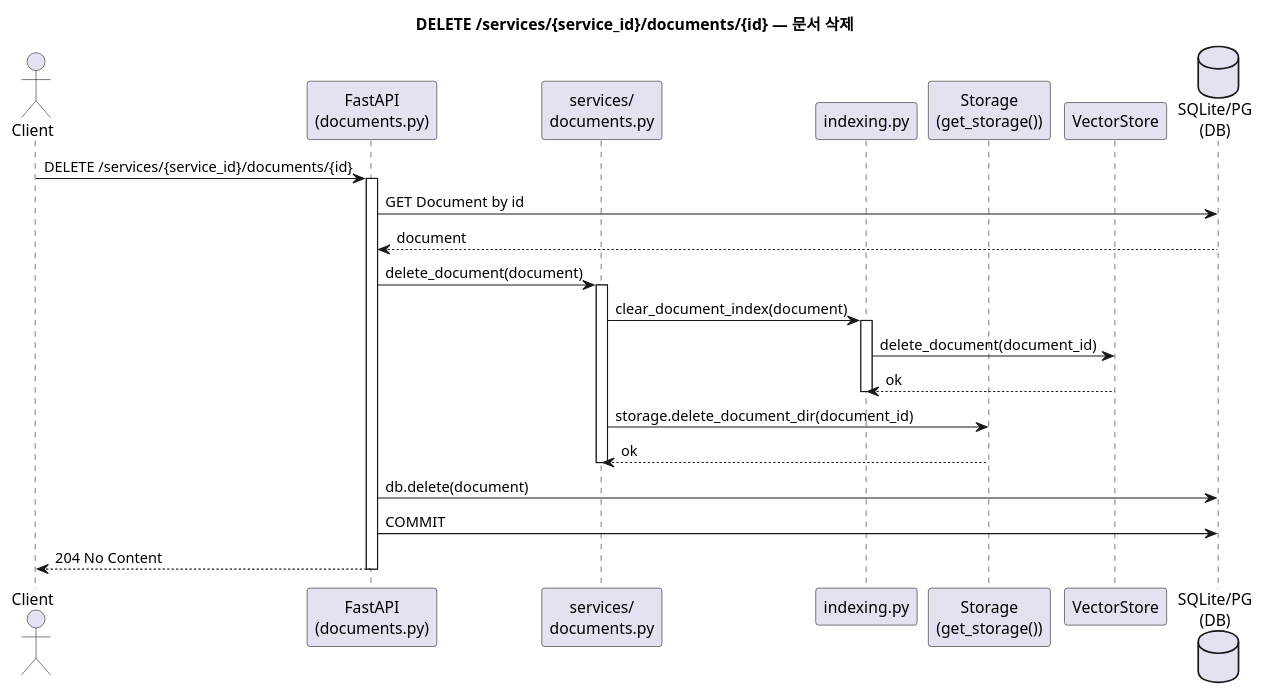
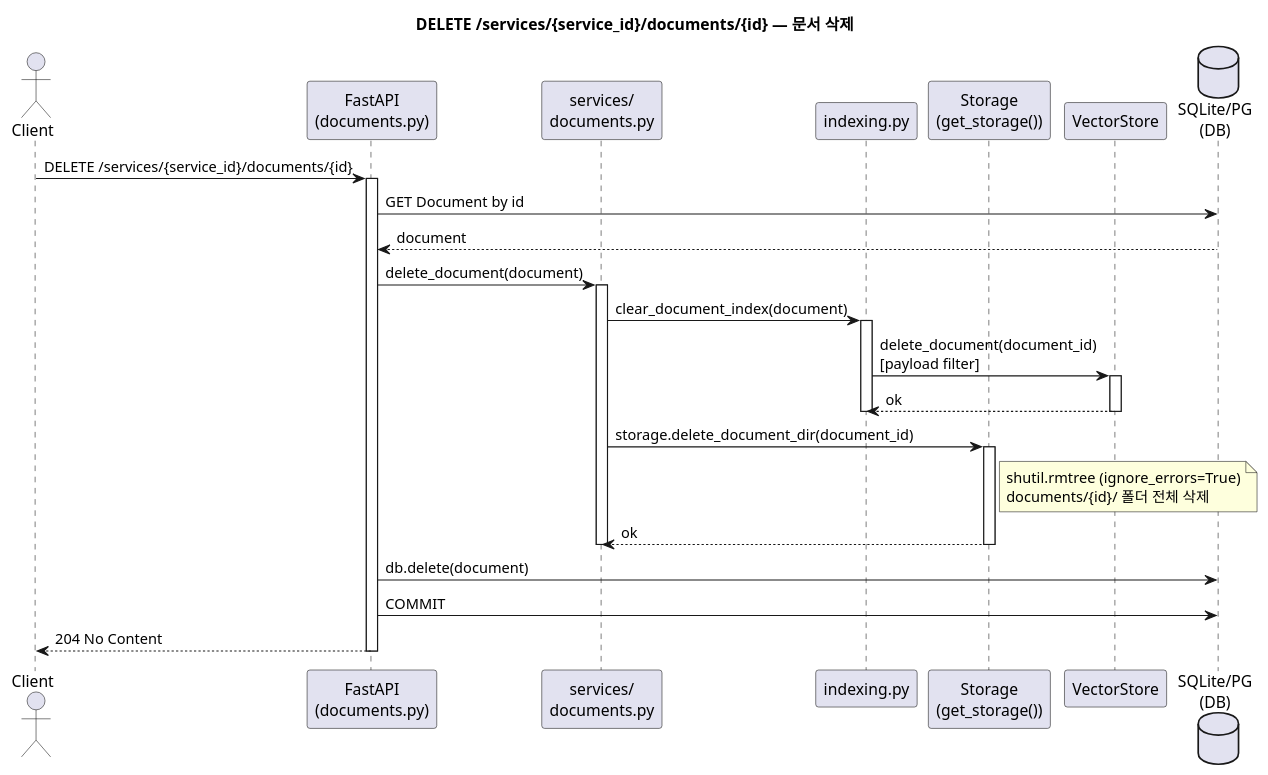
Before and after one commit to sigmoidx0/ragkit: the third of 5 diagrams in docs/diagrams/all.puml, drawn with PlantUML. The commit also changed other lines of this file and 36 other files, not shown here.

```diff
--- a/docs/diagrams/all.puml
+++ b/docs/diagrams/all.puml
@@ -158,37 +192,48 @@
 @startuml Document Delete
 
 title DELETE /services/{service_id}/documents/{id} — 문서 삭제
 
 actor Client
 participant "FastAPI\n(documents.py)" as API
 participant "services/\ndocuments.py" as SVC
 participant "indexing.py" as IDX
 participant "Storage\n(get_storage())" as FS
 participant "VectorStore" as QD
 database "SQLite/PG\n(DB)" as DB
 
 Client -> API : DELETE /services/{service_id}/documents/{id}
 activate API
 
 API -> DB : GET Document by id
 DB --> API : document
 
 API -> SVC : delete_document(document)
 activate SVC
+
 SVC -> IDX : clear_document_index(document)
 activate IDX
-IDX -> QD : delete_document(document_id)
+IDX -> QD : delete_document(document_id)\n[payload filter]
+activate QD
 QD --> IDX : ok
+deactivate QD
 deactivate IDX
+
 SVC -> FS : storage.delete_document_dir(document_id)
+activate FS
+note right of FS
+  shutil.rmtree (ignore_errors=True)
+  documents/{id}/ 폴더 전체 삭제
+end note
 FS --> SVC : ok
+deactivate FS
+
 deactivate SVC
 
 API -> DB : db.delete(document)
 API -> DB : COMMIT
 
 API --> Client : 204 No Content
 
 deactivate API
 
 @enduml
```
